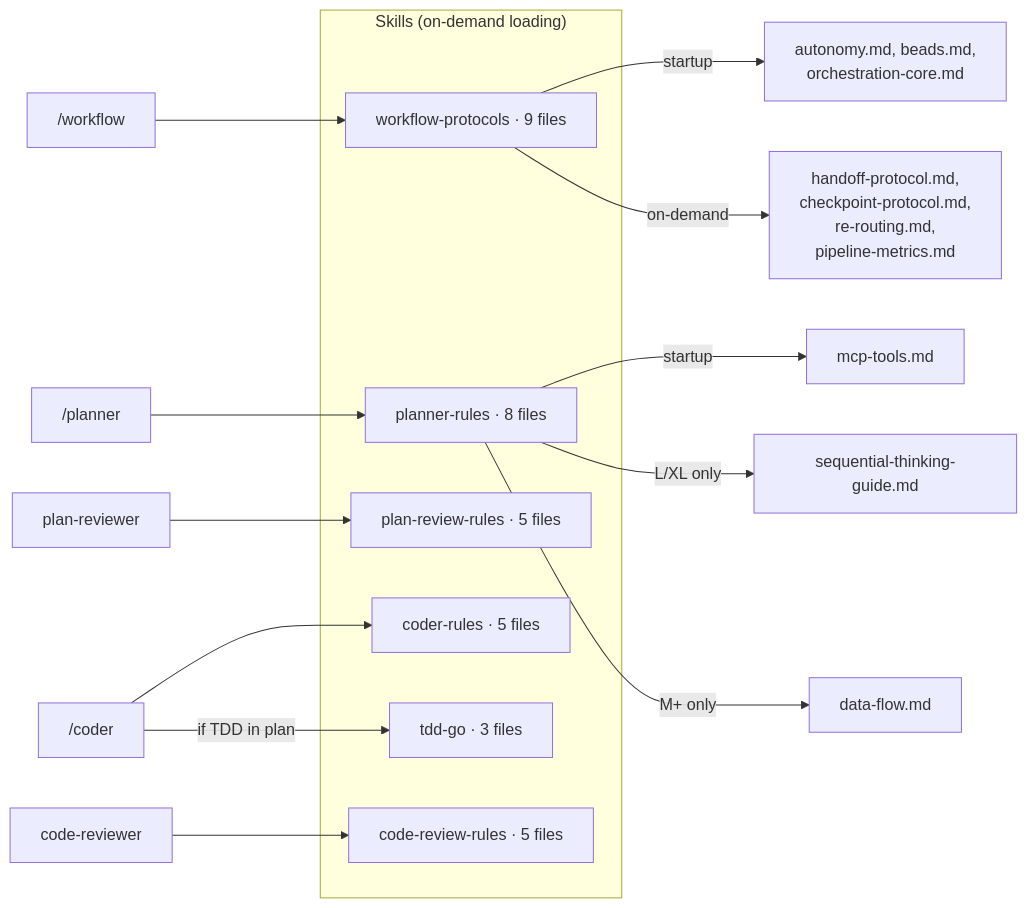
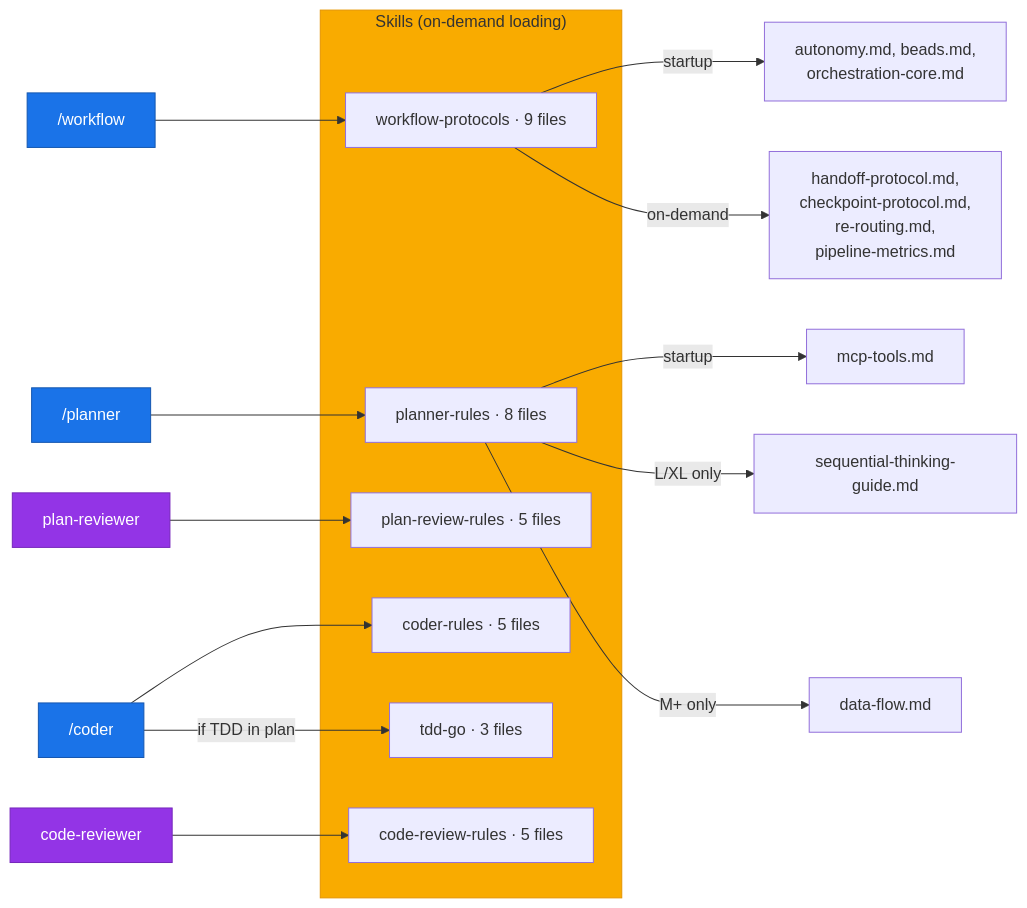
One commit to hex0xdeadbeef/claude-kit changed the fourth of 5 diagrams in README.md. Above: the diagram before and after it, drawn with Mermaid. The commit also changed other lines of this file, not shown here.

````diff
--- a/README.md
+++ b/README.md
@@ -306,25 +316,32 @@
 ```mermaid
 flowchart LR
     subgraph SKILLS ["Skills (on-demand loading)"]
         WP["workflow-protocols · 9 files"]
         PLR["planner-rules · 8 files"]
         CDR["coder-rules · 5 files"]
         PRR["plan-review-rules · 5 files"]
         CRR["code-review-rules · 5 files"]
         TDD["tdd-go · 3 files"]
     end
 
     WF2["/workflow"] --> WP
     PL2["/planner"] --> PLR
     CO2["/coder"] --> CDR
     CO2 -->|"if TDD in plan"| TDD
     PREV["plan-reviewer"] --> PRR
     CREV["code-reviewer"] --> CRR
 
     WP -->|startup| A1["autonomy.md, beads.md,<br/>orchestration-core.md"]
     WP -->|on-demand| A2["handoff-protocol.md,<br/>checkpoint-protocol.md,<br/>re-routing.md,<br/>pipeline-metrics.md"]
 
     PLR -->|startup| B1["mcp-tools.md"]
     PLR -->|"L/XL only"| B2["sequential-thinking-guide.md"]
     PLR -->|"M+ only"| B3["data-flow.md"]
+
+    style SKILLS fill:#f9ab00,color:#333,stroke:#e69500
+    style WF2 fill:#1a73e8,color:#fff,stroke:#1557b0
+    style PL2 fill:#1a73e8,color:#fff,stroke:#1557b0
+    style CO2 fill:#1a73e8,color:#fff,stroke:#1557b0
+    style PREV fill:#9334e6,color:#fff,stroke:#7627bb
+    style CREV fill:#9334e6,color:#fff,stroke:#7627bb
 ```
````
